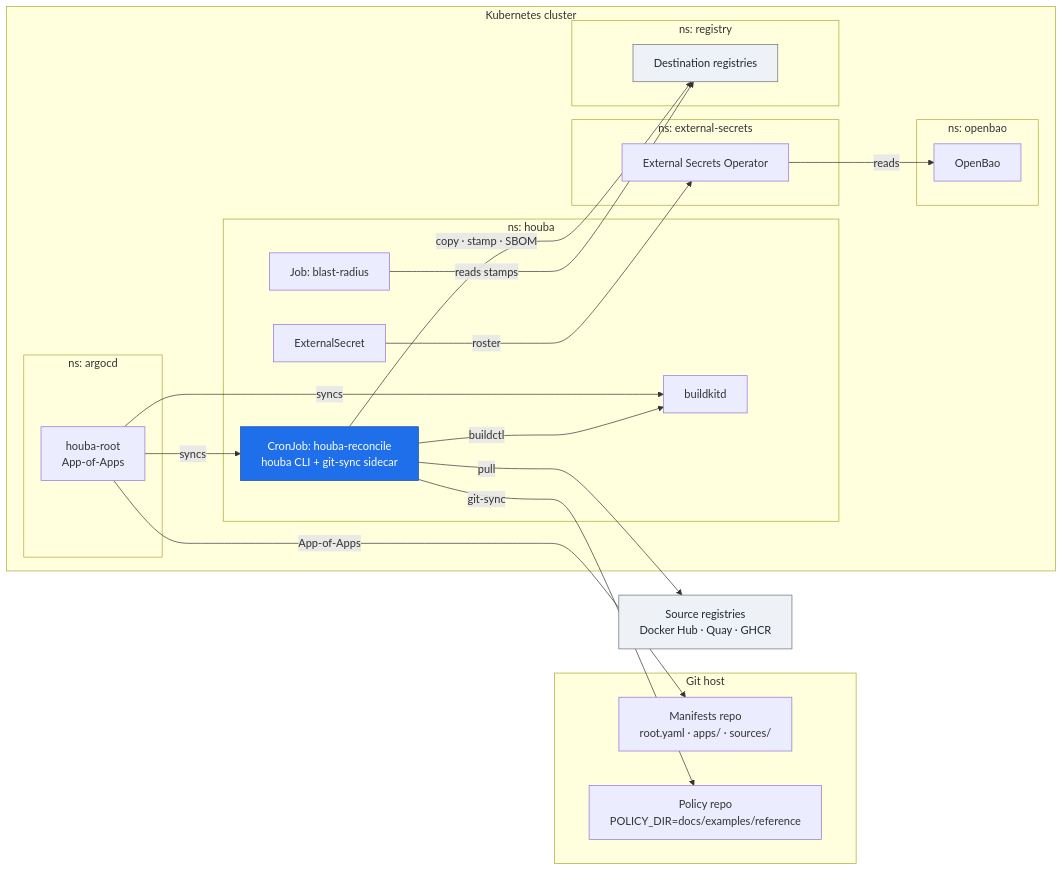
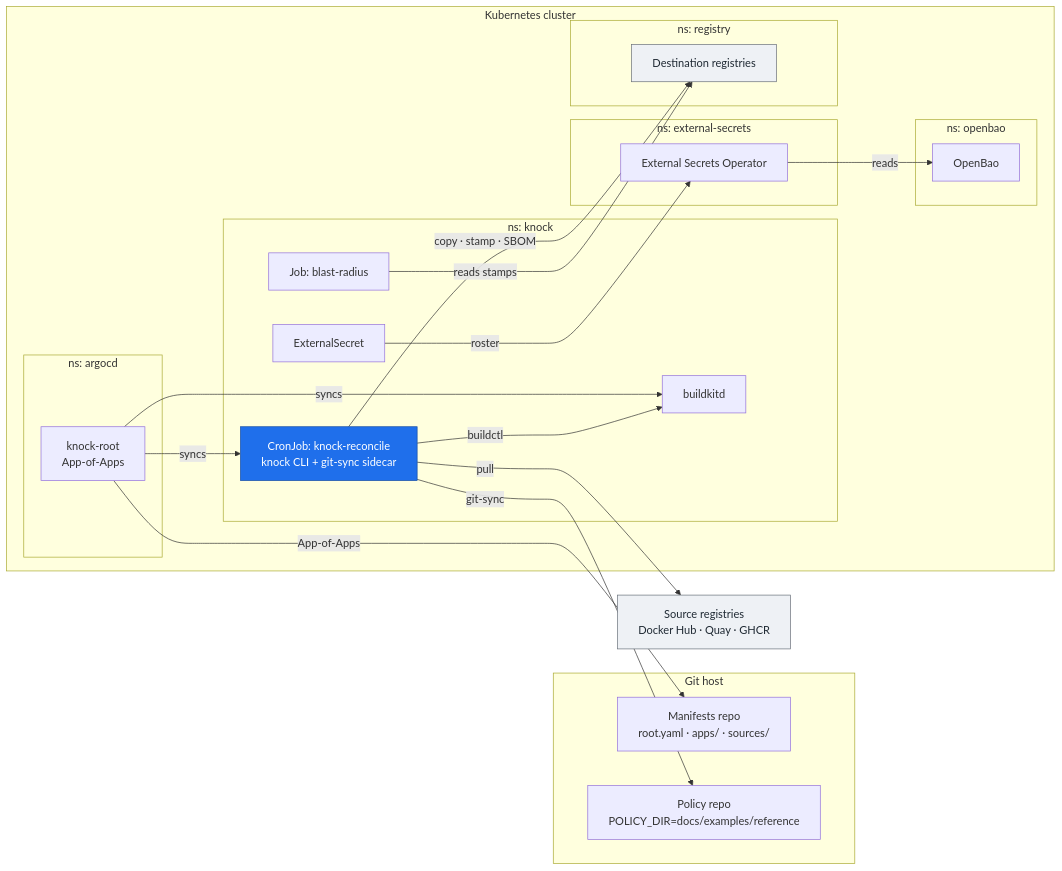
One commit to trivoallan/knock changed the diagram in docs/how-to/reference-deployment.md. Above: the diagram before and after it, drawn with Mermaid. The commit also changed other lines of this file and 484 other files, not shown here.

First line of the commit message:
refactor!: rename houba → knock (knock-oci on PyPI; KNOCK_/io.knock contracts) (#193)

````diff
--- a/docs/how-to/reference-deployment.md
+++ b/docs/how-to/reference-deployment.md
@@ -25,44 +25,44 @@
 ```mermaid
 flowchart LR
   subgraph git["Git host"]
     manifests["Manifests repo<br/>root.yaml · apps/ · sources/"]
     policy["Policy repo<br/>POLICY_DIR=docs/examples/reference"]
   end
 
   subgraph cluster["Kubernetes cluster"]
     subgraph nsargo["ns: argocd"]
-      root["houba-root<br/>App-of-Apps"]
+      root["knock-root<br/>App-of-Apps"]
     end
-    subgraph nshouba["ns: houba"]
-      cron["CronJob: houba-reconcile<br/>houba CLI + git-sync sidecar"]:::houba
+    subgraph nsknock["ns: knock"]
+      cron["CronJob: knock-reconcile<br/>knock CLI + git-sync sidecar"]:::knock
       bk["buildkitd"]
       es["ExternalSecret"]
       blast["Job: blast-radius"]
     end
     subgraph nseso["ns: external-secrets"]
       eso["External Secrets Operator"]
     end
     subgraph nsbao["ns: openbao"]
       bao["OpenBao"]
     end
     subgraph nsreg["ns: registry"]
       dest["Destination registries"]:::ext
     end
   end
 
   src["Source registries<br/>Docker Hub · Quay · GHCR"]:::ext
 
   root -->|App-of-Apps| manifests
   root -->|syncs| cron
   root -->|syncs| bk
   cron -->|git-sync| policy
   es -->|roster| eso
   eso -->|reads| bao
   cron -->|buildctl| bk
   cron -->|pull| src
   cron -->|copy · stamp · SBOM| dest
   blast -->|reads stamps| dest
 
-  classDef houba fill:#1f6feb,stroke:#154da4,color:#fff;
+  classDef knock fill:#1f6feb,stroke:#154da4,color:#fff;
   classDef ext fill:#eef1f5,stroke:#69707a,color:#1f2933;
 ```
````
